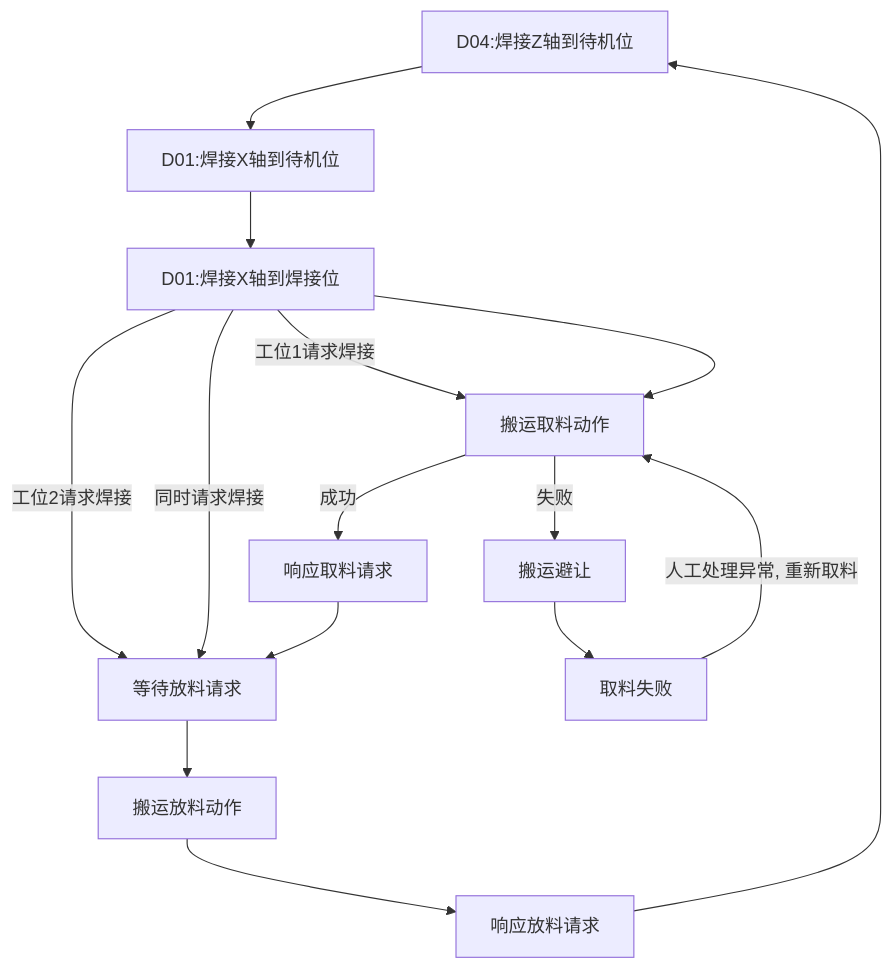
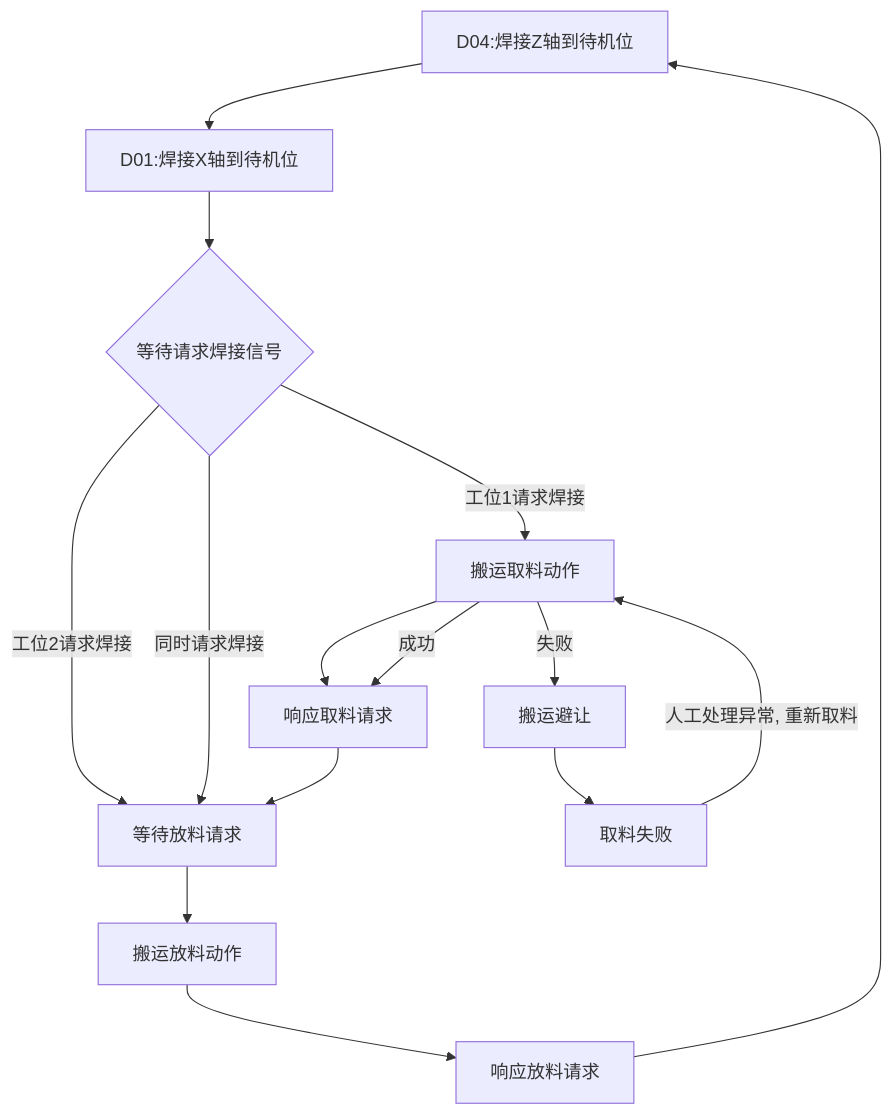
One commit to PengKun1/iodraw-files changed the diagram in all/OP10焊接工位自动流程.md. Above: the diagram before and after it, drawn with Mermaid.

Commit message:
2024-08-06 16:56:14 update

````diff
--- a/all/OP10焊接工位自动流程.md
+++ b/all/OP10焊接工位自动流程.md
@@ -1,19 +1,19 @@
 ```mermaid
 graph TD
 10[D04:焊接Z轴到待机位]-->20
 20[D01:焊接X轴到待机位]-->30
 30{等待请求焊接信号}-->|工位1请求焊接|40
 30-->|工位2请求焊接|60
 30-->|同时请求焊接|60
-30[D01:焊接X轴到焊接位]-->40
+40[D01:焊接X轴到焊接位]-->50
 40[搬运取料动作]-->|成功|50
 40-->|失败|90
 50[响应取料请求]-->60
 60[等待放料请求]-->70
 70[搬运放料动作]-->80
 80[响应放料请求]-->10
 
 90[搬运避让]-->900
 
 900[取料失败]-->|人工处理异常, 重新取料|40
 ```
````
